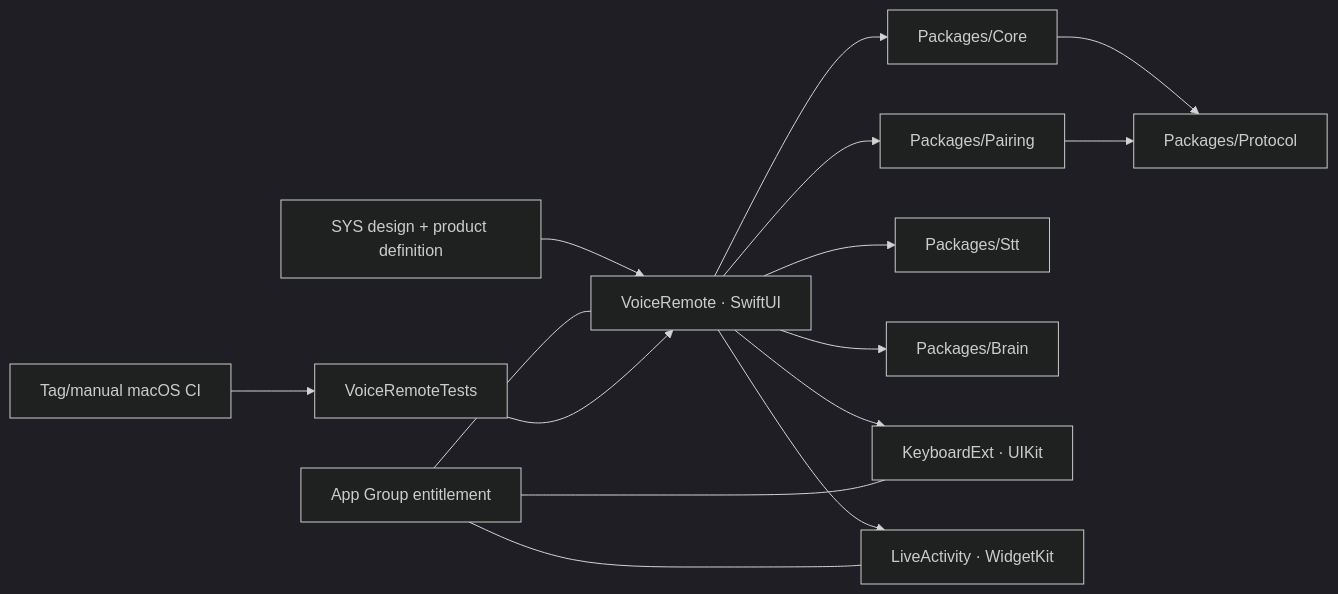
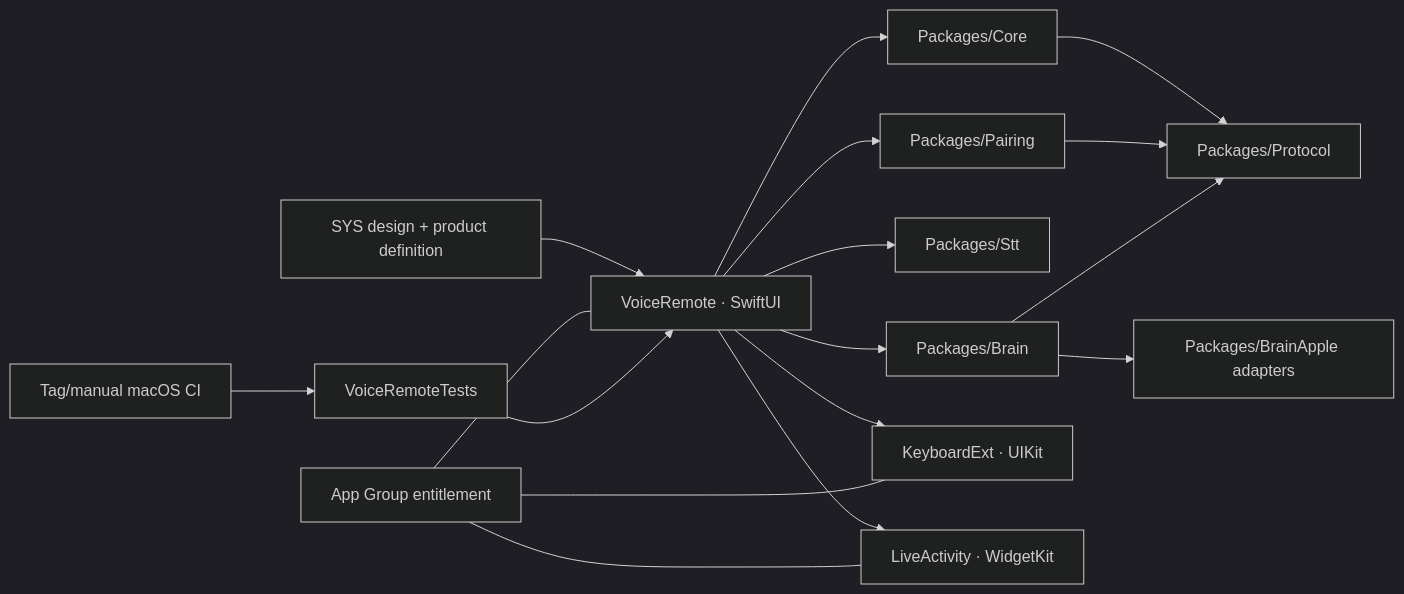
One commit to Harwasch/voiceremote changed the diagram in SW/ios/README.md. Above: the diagram before and after it, drawn with Mermaid (dark theme). The commit also changed other lines of this file and 30 other files, not shown here.

````diff
--- a/SW/ios/README.md
+++ b/SW/ios/README.md
@@ -1,10 +1,11 @@
 ```mermaid
 flowchart LR
   SYS[SYS design + product definition] --> App[VoiceRemote · SwiftUI]
   App --> Core[Packages/Core] & Pairing[Packages/Pairing] & Stt[Packages/Stt] & Brain[Packages/Brain]
   Core & Pairing --> Protocol[Packages/Protocol]
+  Brain --> BrainApple[Packages/BrainApple adapters] & Protocol
   App --> Keyboard[KeyboardExt · UIKit] & Live[LiveActivity · WidgetKit]
   Group[App Group entitlement] --- App & Keyboard & Live
   Tests[VoiceRemoteTests] --> App
   CI[Tag/manual macOS CI] --> Tests
 ```
````
